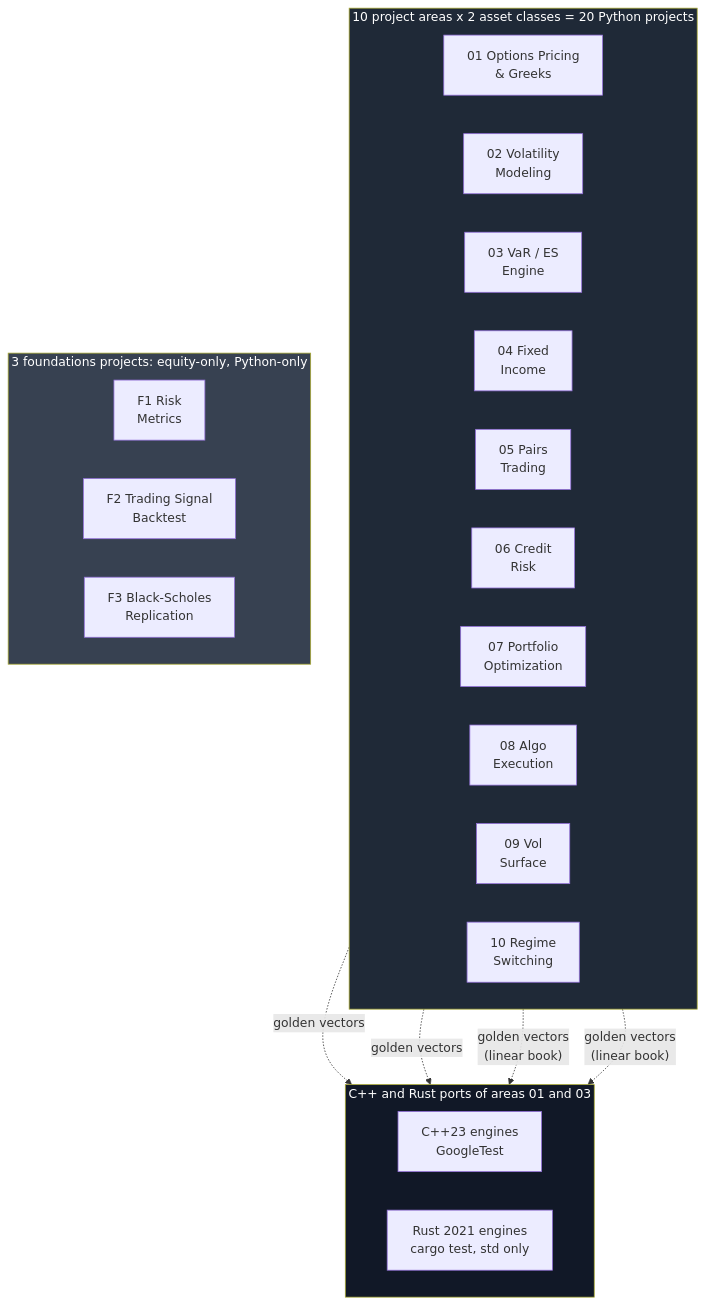
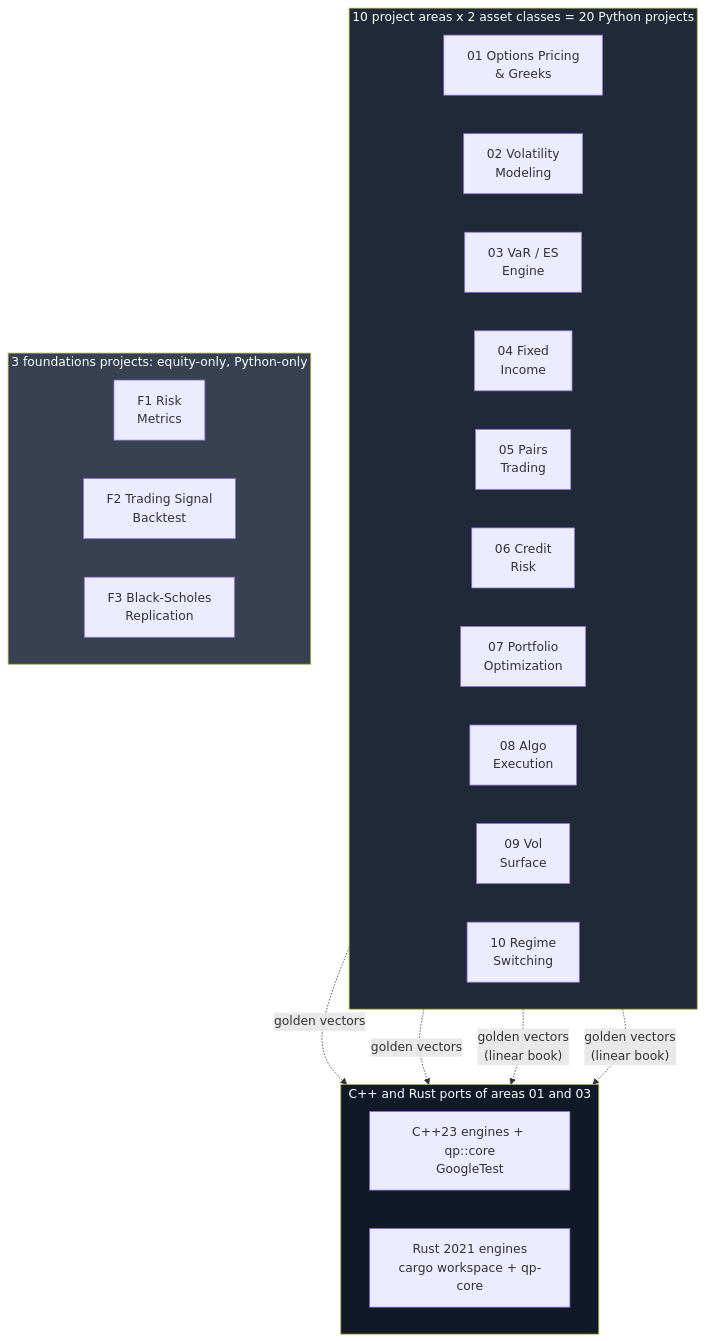
Before and after one commit to AshJha0/quant-portfolio: the first of 6 diagrams in docs/DIAGRAMS.md, drawn with Mermaid. The commit also changed other lines of this file and 13 other files, not shown here.

Commit message:
docs: Round 2 docs pass (README, CONVENTIONS, CHANGELOG, ARCHITECTURE, DIAGRAMS, COOKBOOK, LEARN, package docs)

````diff
--- a/docs/DIAGRAMS.md
+++ b/docs/DIAGRAMS.md
@@ -11,36 +11,36 @@
 ```mermaid
 flowchart TB
     subgraph AREAS["10 project areas x 2 asset classes = 20 Python projects"]
         direction LR
         A1["01 Options Pricing<br/>& Greeks"]
         A2["02 Volatility<br/>Modeling"]
         A3["03 VaR / ES<br/>Engine"]
         A4["04 Fixed<br/>Income"]
         A5["05 Pairs<br/>Trading"]
         A6["06 Credit<br/>Risk"]
         A7["07 Portfolio<br/>Optimization"]
         A8["08 Algo<br/>Execution"]
         A9["09 Vol<br/>Surface"]
         A10["10 Regime<br/>Switching"]
     end
 
     subgraph FOUND["3 foundations projects: equity-only, Python-only"]
         direction LR
         F1["F1 Risk<br/>Metrics"]
         F2["F2 Trading Signal<br/>Backtest"]
         F3["F3 Black-Scholes<br/>Replication"]
     end
 
     subgraph PORTS["C++ and Rust ports of areas 01 and 03"]
         direction LR
-        CPP["C++23 engines<br/>GoogleTest"]
-        RUST["Rust 2021 engines<br/>cargo test, std only"]
+        CPP["C++23 engines + qp::core<br/>GoogleTest"]
+        RUST["Rust 2021 engines<br/>cargo workspace + qp-core"]
     end
 
     A1 -.->|golden vectors| CPP & RUST
     A3 -.->|"golden vectors<br/>(linear book)"| CPP & RUST
 
     style AREAS fill:#1f2937,color:#fff
     style FOUND fill:#374151,color:#fff
     style PORTS fill:#111827,color:#fff
 ```
````
